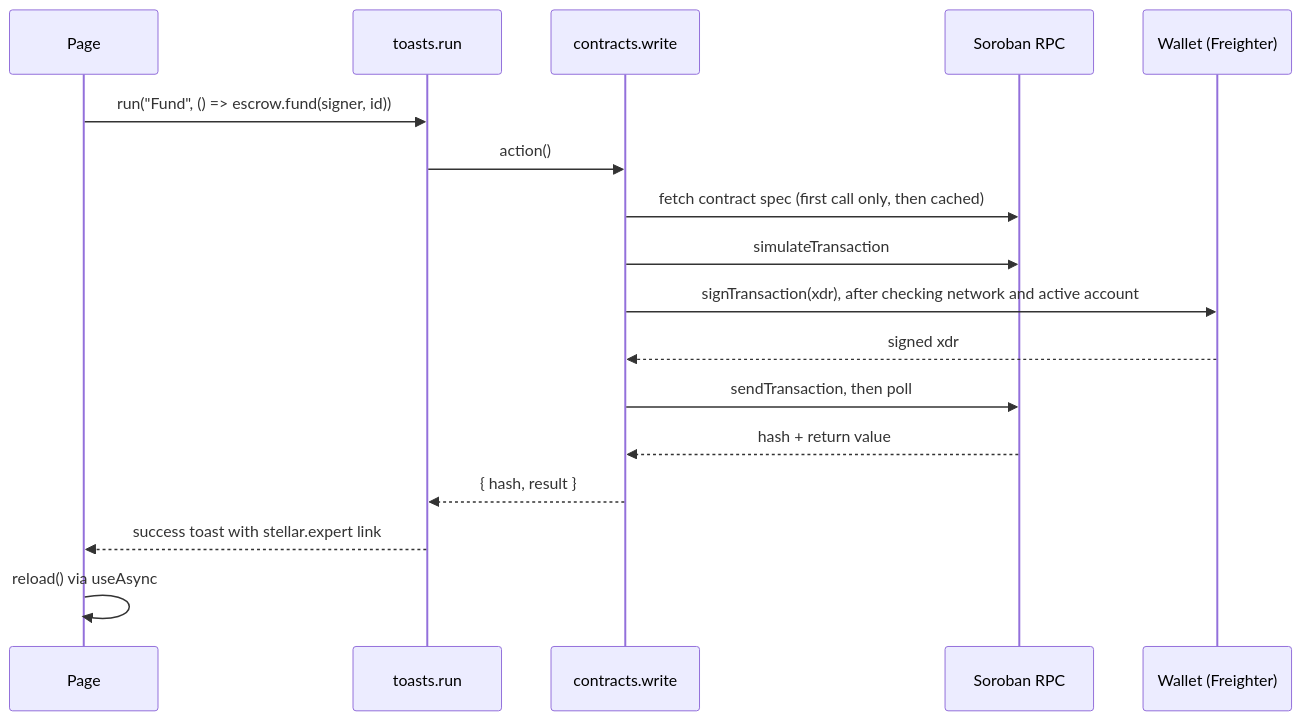
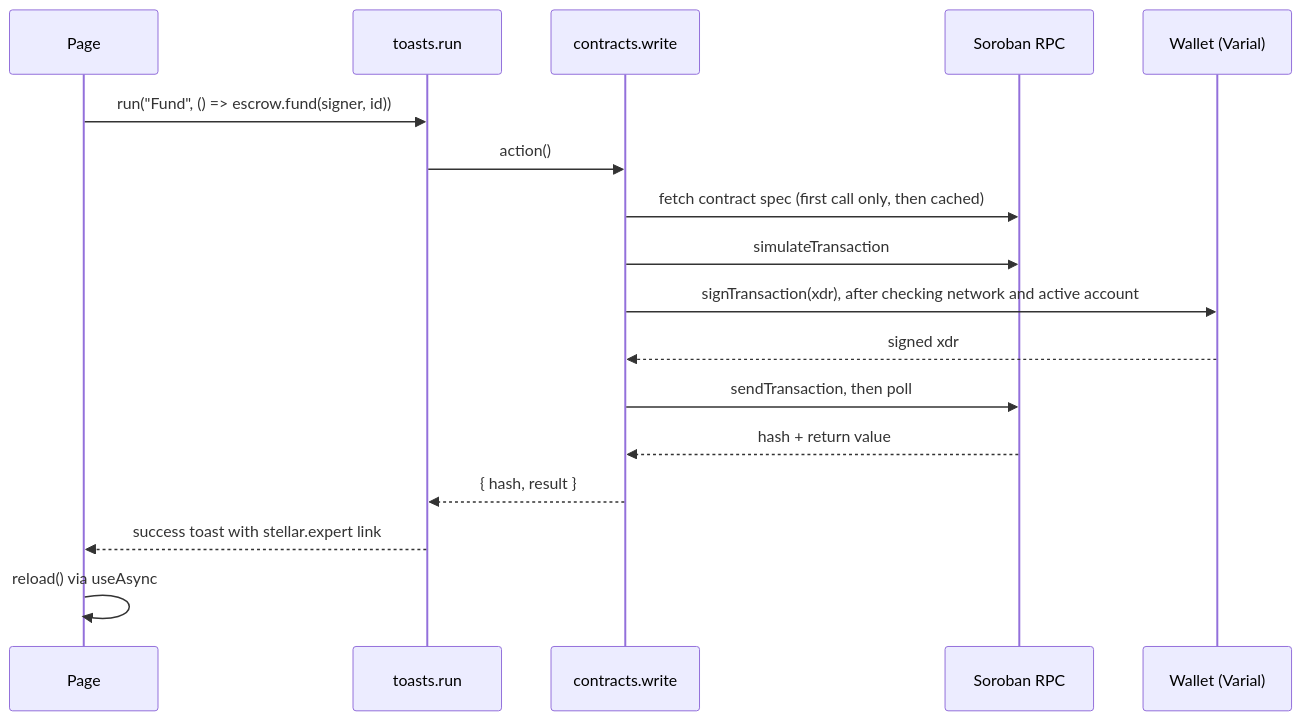
One commit to Team-hackmeridian-2026/Hackmeridian2026 changed the seventh of 8 diagrams in OVERVIEW.md. Above: the diagram before and after it, drawn with Mermaid. The commit also changed other lines of this file and 9 other files, not shown here.

Commit message:
Call the wallet Varial, its name since Freighter's rebrand

````diff
--- a/OVERVIEW.md
+++ b/OVERVIEW.md
@@ -376,20 +376,20 @@
 ```mermaid
 sequenceDiagram
     participant Page
     participant Toasts as toasts.run
     participant C as contracts.write
     participant RPC as Soroban RPC
-    participant W as Wallet (Freighter)
+    participant W as Wallet (Varial)
 
     Page->>Toasts: run("Fund", () => escrow.fund(signer, id))
     Toasts->>C: action()
     C->>RPC: fetch contract spec (first call only, then cached)
     C->>RPC: simulateTransaction
     C->>W: signTransaction(xdr), after checking network and active account
     W-->>C: signed xdr
     C->>RPC: sendTransaction, then poll
     RPC-->>C: hash + return value
     C-->>Toasts: { hash, result }
     Toasts-->>Page: success toast with stellar.expert link
     Page->>Page: reload() via useAsync
 ```
````
